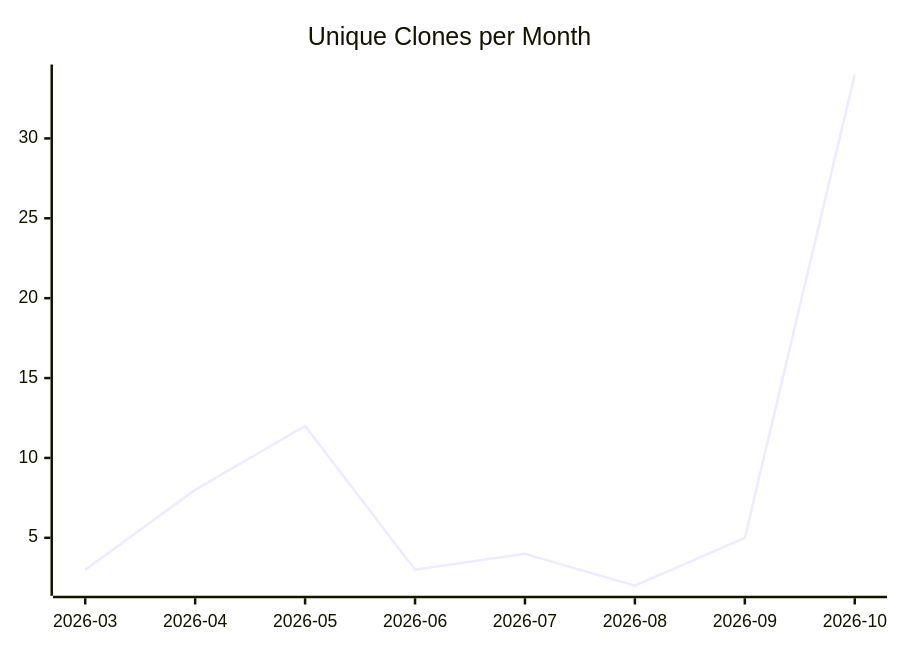
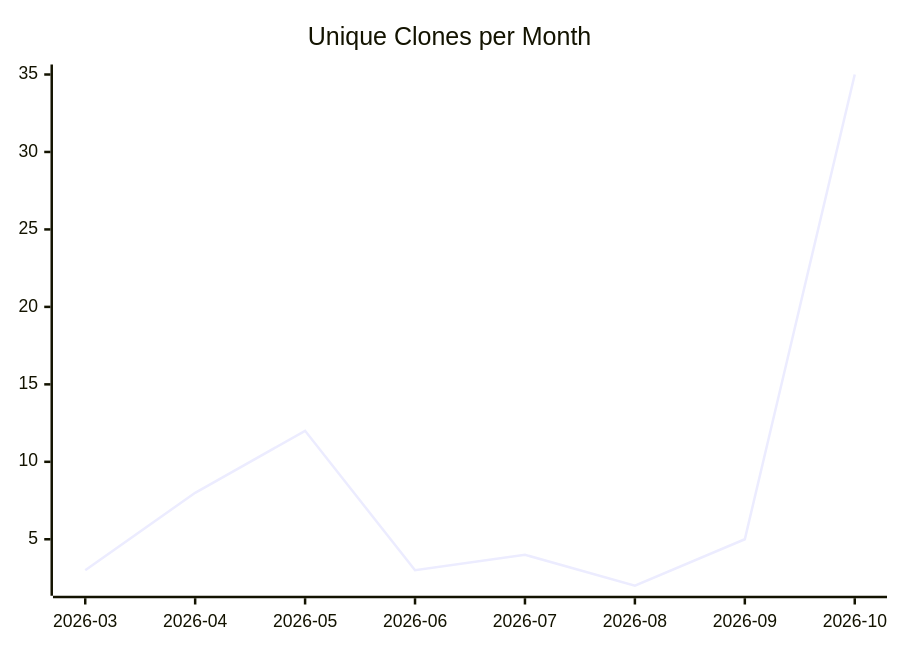
The third of 3 diagrams in karlmdavis/puppet-sonar/README.md (justdavis-family/github-analytics-data), drawn with Mermaid before and after one commit. The commit also changed other lines of this file and 199 other files, not shown here.

````diff
--- a/karlmdavis/puppet-sonar/README.md
+++ b/karlmdavis/puppet-sonar/README.md
@@ -19,6 +19,6 @@
 ```mermaid
 xychart-beta
   title "Unique Clones per Month"
   x-axis ["2026-03", "2026-04", "2026-05", "2026-06", "2026-07", "2026-08", "2026-09", "2026-10"]
-  line [3, 8, 12, 3, 4, 2, 5, 34]
+  line [3, 8, 12, 3, 4, 2, 5, 35]
 ```
````
